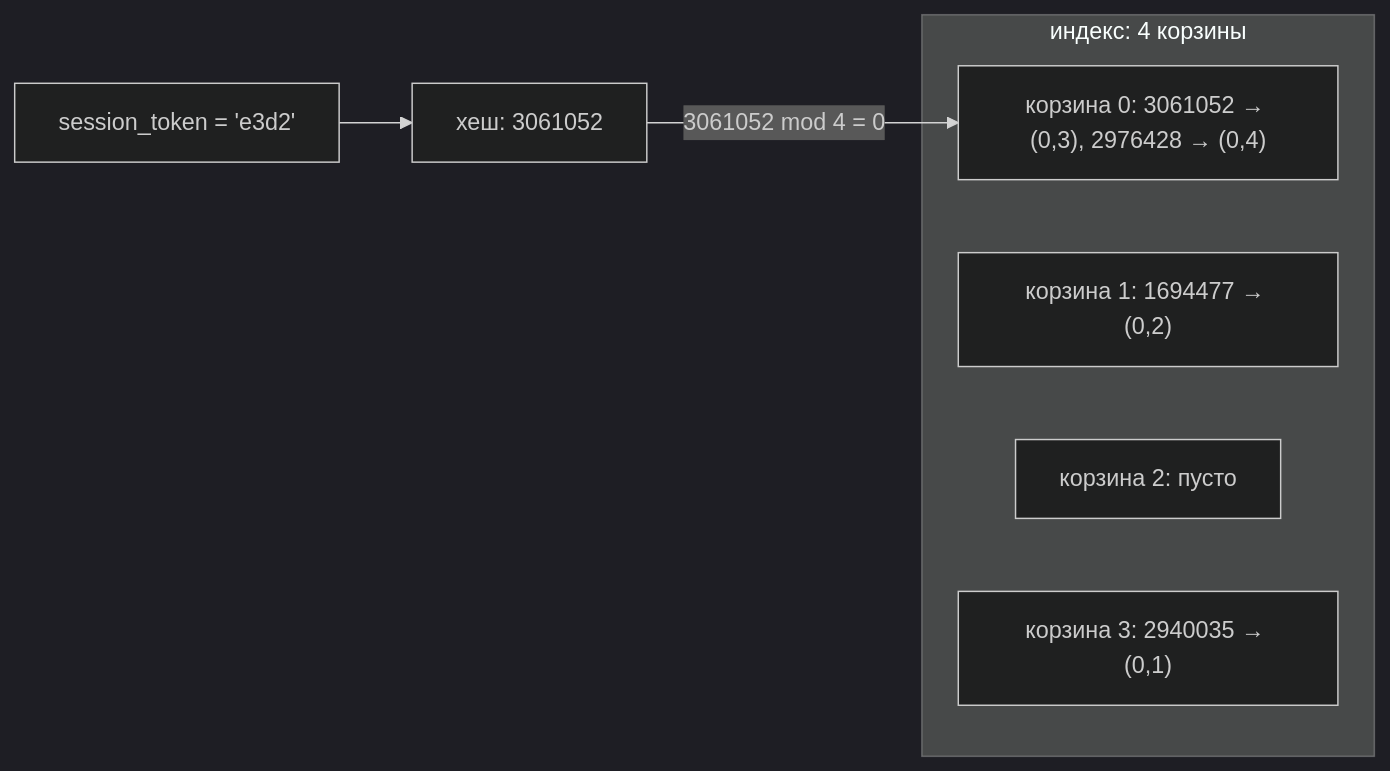
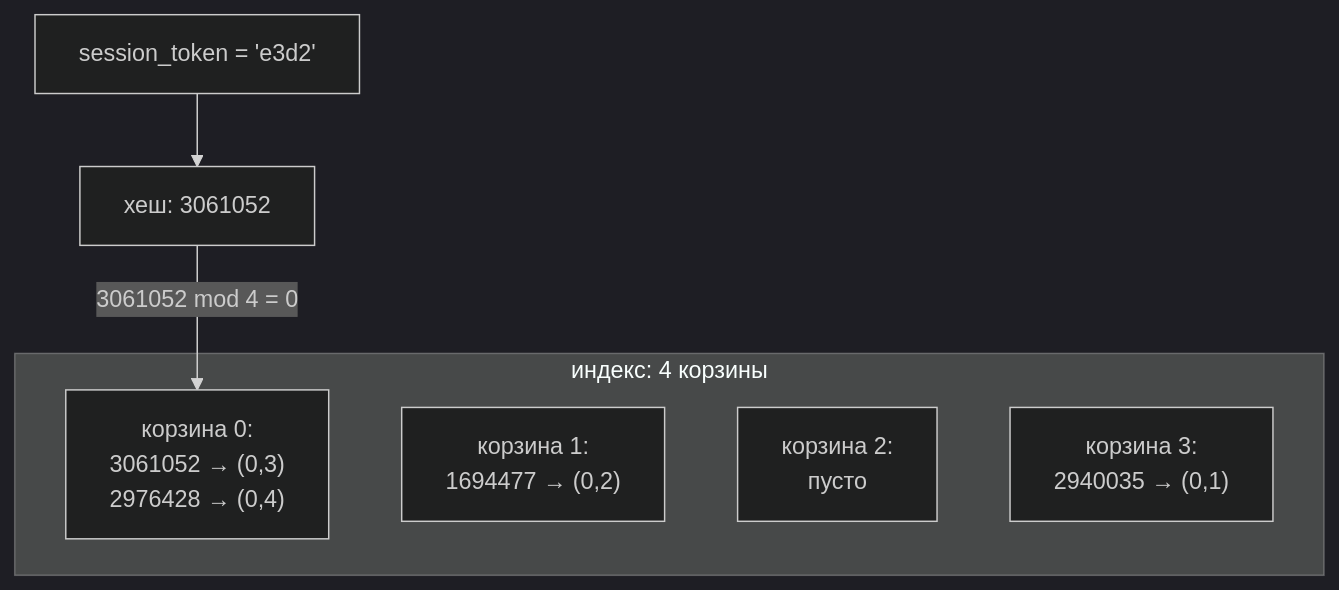
One commit to iamthen0ise/reference changed the second of 6 diagrams in Бэкенд/Базы данных/PostgreSQL/Индексы.md. Above: the diagram before and after it, drawn with Mermaid (dark theme). The commit also changed other lines of this file and 2 other files, not shown here.

Commit message:
EXPLAIN и транзакции: схемы и модели на Python
EXPLAIN: план как дерево итераторов (Limit, Sort), порядок чтения
страниц в Seq, Index и Bitmap Heap Scan, три вида соединений.
Транзакции: MVCC (xmin, xmax, снимок, CLOG), Read Committed против
Repeatable Read, потерянное обновление, SSI на примере с врачами.
Индексы: схемы Hash и BRIN компактнее, чтобы читались на телефоне.

````diff
--- a/Бэкенд/Базы данных/PostgreSQL/Индексы.md
+++ b/Бэкенд/Базы данных/PostgreSQL/Индексы.md
@@ -75,11 +75,11 @@
 ```mermaid
-flowchart LR
+flowchart TB
     k["session_token = 'e3d2'"] --> h["хеш: 3061052"]
     h -- "3061052 mod 4 = 0" --> b0
     subgraph idx["индекс: 4 корзины"]
-        b0["корзина 0: 3061052 → (0,3), 2976428 → (0,4)"]
-        b1["корзина 1: 1694477 → (0,2)"]
-        b2["корзина 2: пусто"]
-        b3["корзина 3: 2940035 → (0,1)"]
+        b0["корзина 0:<br/>3061052 → (0,3)<br/>2976428 → (0,4)"]
+        b1["корзина 1:<br/>1694477 → (0,2)"]
+        b2["корзина 2:<br/>пусто"]
+        b3["корзина 3:<br/>2940035 → (0,1)"]
     end
 ```
````
